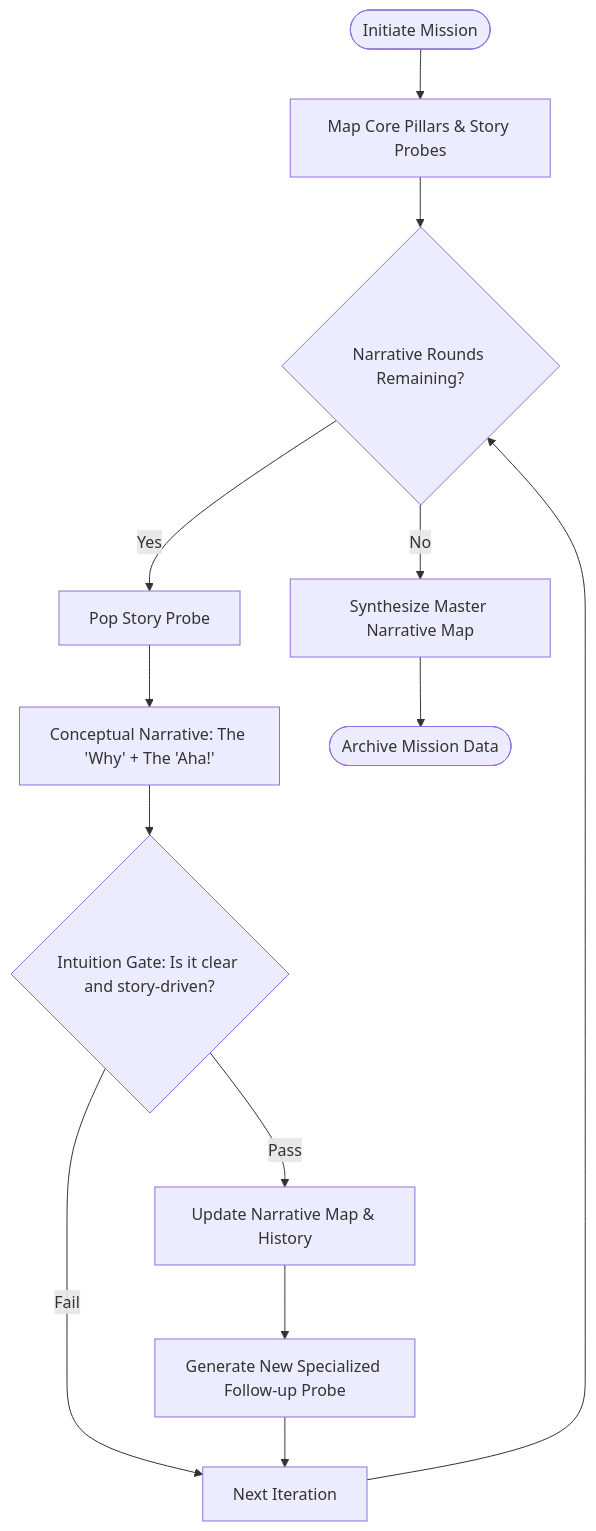
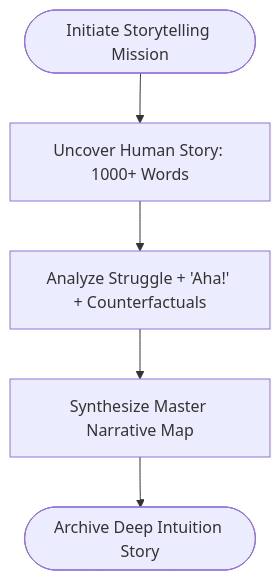
The diagram in app/DeepIntuition/README.md (csv610/LiteLLM), drawn with Mermaid before and after one commit. The commit also changed other lines of this file, not shown here.

Commit message:
docs: update Mermaid diagram and features in README

````diff
--- a/app/DeepIntuition/README.md
+++ b/app/DeepIntuition/README.md
@@ -45,15 +45,7 @@
 ```mermaid
 flowchart TD
-    Start([Initiate Mission]) --> Pillars[Map Core Pillars & Story Probes]
-    Pillars --> Loop{Narrative Rounds Remaining?}
-    Loop -- Yes --> Probe[Pop Story Probe]
-    Probe --> Gen[Conceptual Narrative: The 'Why' + The 'Aha!']
-    Gen --> Check{Intuition Gate: Is it clear and story-driven?}
-    Check -- Pass --> Accept[Update Narrative Map & History]
-    Check -- Fail --> Next[Refine Narrative & Move to Next Probe]
-    Accept --> NextProbe[Generate New Specialized Follow-up Probe]
-    NextProbe --> Next[Next Iteration]
-    Next --> Loop
-    Loop -- No --> Synthesis[Synthesize Master Narrative Map]
-    Synthesis --> End([Archive Mission Data])
+    Start([Initiate Storytelling Mission]) --> Gen[Uncover Human Story: 1000+ Words]
+    Gen --> Structure[Analyze Struggle + 'Aha!' + Counterfactuals]
+    Structure --> Synthesis[Synthesize Master Narrative Map]
+    Synthesis --> End([Archive Deep Intuition Story])
 ```
````
